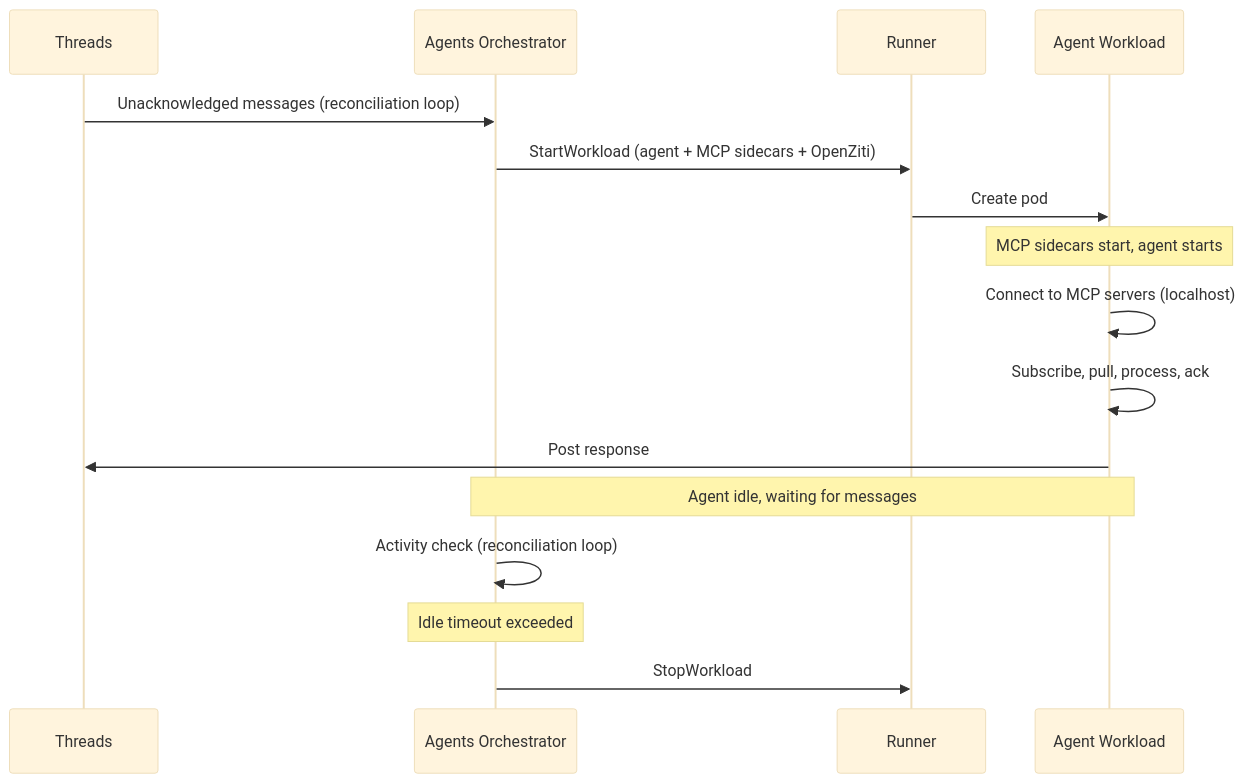
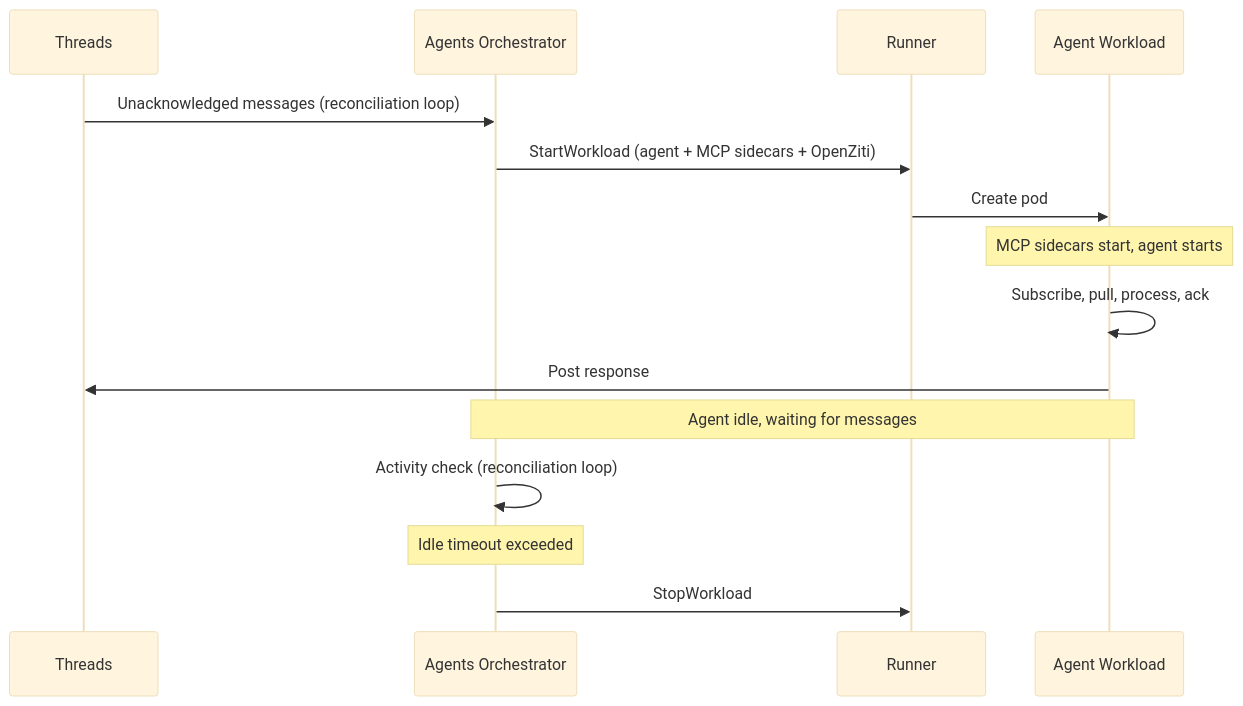
Before and after one commit to agynio/architecture: the fourth of 4 diagrams in architecture/agent/overview.md, drawn with Mermaid (base theme). The commit also changed other lines of this file and 4 other files, not shown here.

````diff
--- a/architecture/agent/overview.md
+++ b/architecture/agent/overview.md
@@ -152,20 +151,19 @@
 ```mermaid
 sequenceDiagram
     participant T as Threads
     participant O as Agents Orchestrator
     participant R as Runner
     participant A as Agent Workload
 
     T->>O: Unacknowledged messages (reconciliation loop)
     O->>R: StartWorkload (agent + MCP sidecars + OpenZiti)
     R->>A: Create pod
     Note over A: MCP sidecars start, agent starts
-    A->>A: Connect to MCP servers (localhost)
     A->>A: Subscribe, pull, process, ack
     A->>T: Post response
 
     Note over A,O: Agent idle, waiting for messages
     O->>O: Activity check (reconciliation loop)
     Note over O: Idle timeout exceeded
     O->>R: StopWorkload
 ```
````
